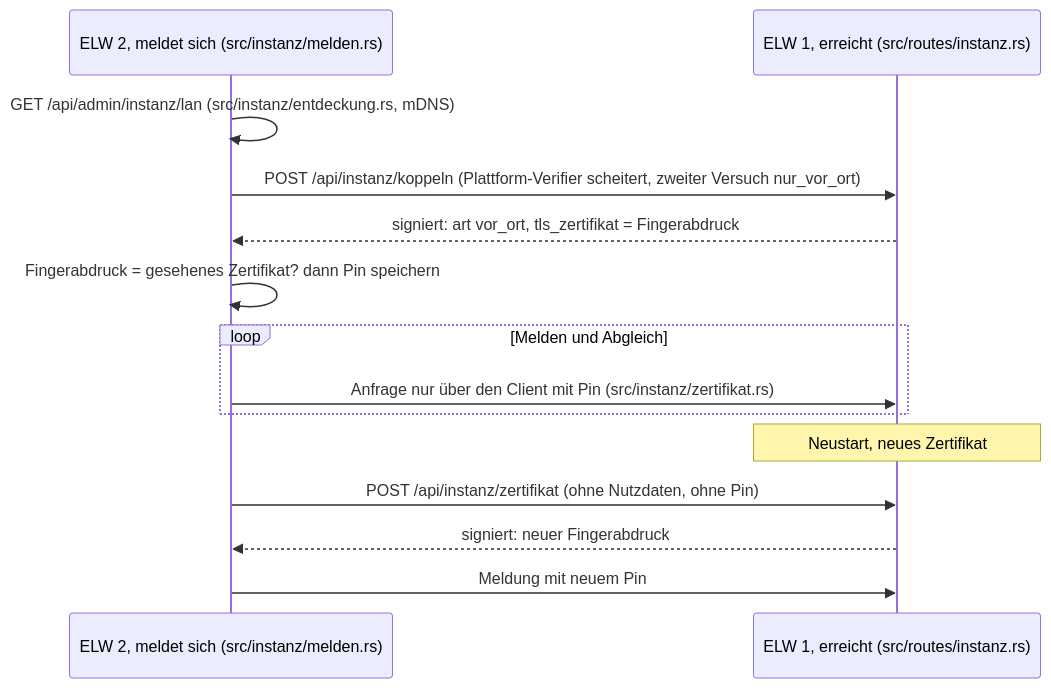
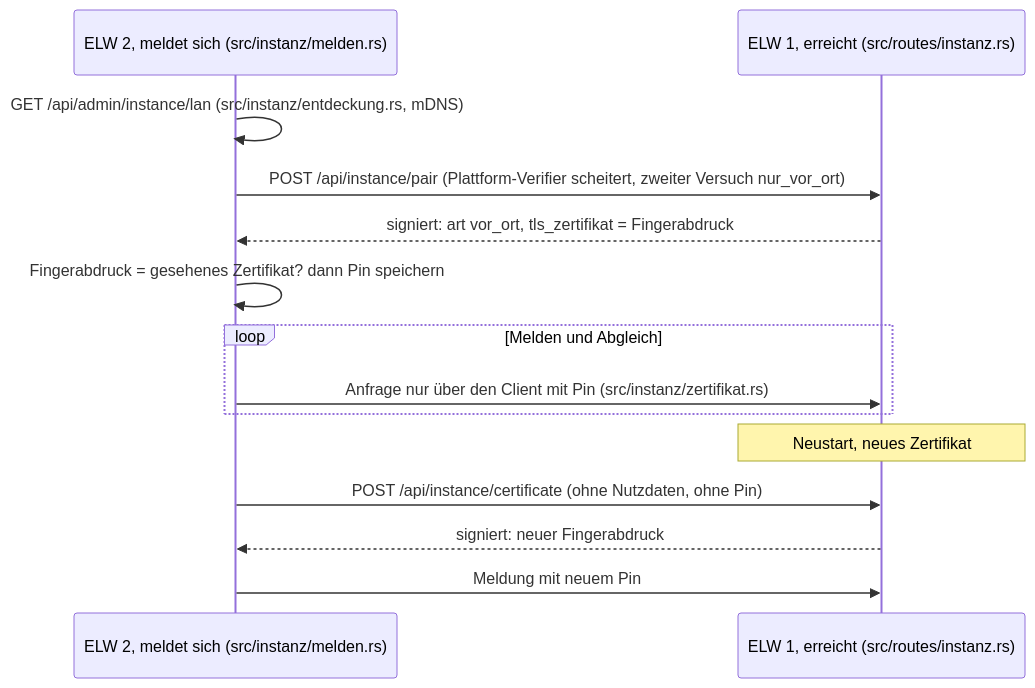
The ninth of 19 diagrams in docs/architektur/06-laufzeitsicht.md (rubenvitt/lifeline-hub), drawn with Mermaid before and after one commit. The commit also changed other lines of this file and 41 other files, not shown here.

````diff
--- a/docs/architektur/06-laufzeitsicht.md
+++ b/docs/architektur/06-laufzeitsicht.md
@@ -325,16 +325,16 @@
 ```mermaid
 sequenceDiagram
   participant E as ELW 2, meldet sich (src/instanz/melden.rs)
   participant A as ELW 1, erreicht (src/routes/instanz.rs)
-  E->>E: GET /api/admin/instanz/lan (src/instanz/entdeckung.rs, mDNS)
-  E->>A: POST /api/instanz/koppeln (Plattform-Verifier scheitert, zweiter Versuch nur_vor_ort)
+  E->>E: GET /api/admin/instance/lan (src/instanz/entdeckung.rs, mDNS)
+  E->>A: POST /api/instance/pair (Plattform-Verifier scheitert, zweiter Versuch nur_vor_ort)
   A-->>E: signiert: art vor_ort, tls_zertifikat = Fingerabdruck
   E->>E: Fingerabdruck = gesehenes Zertifikat? dann Pin speichern
   loop Melden und Abgleich
     E->>A: Anfrage nur über den Client mit Pin (src/instanz/zertifikat.rs)
   end
   Note over A: Neustart, neues Zertifikat
-  E->>A: POST /api/instanz/zertifikat (ohne Nutzdaten, ohne Pin)
+  E->>A: POST /api/instance/certificate (ohne Nutzdaten, ohne Pin)
   A-->>E: signiert: neuer Fingerabdruck
   E->>A: Meldung mit neuem Pin
 ```
````
